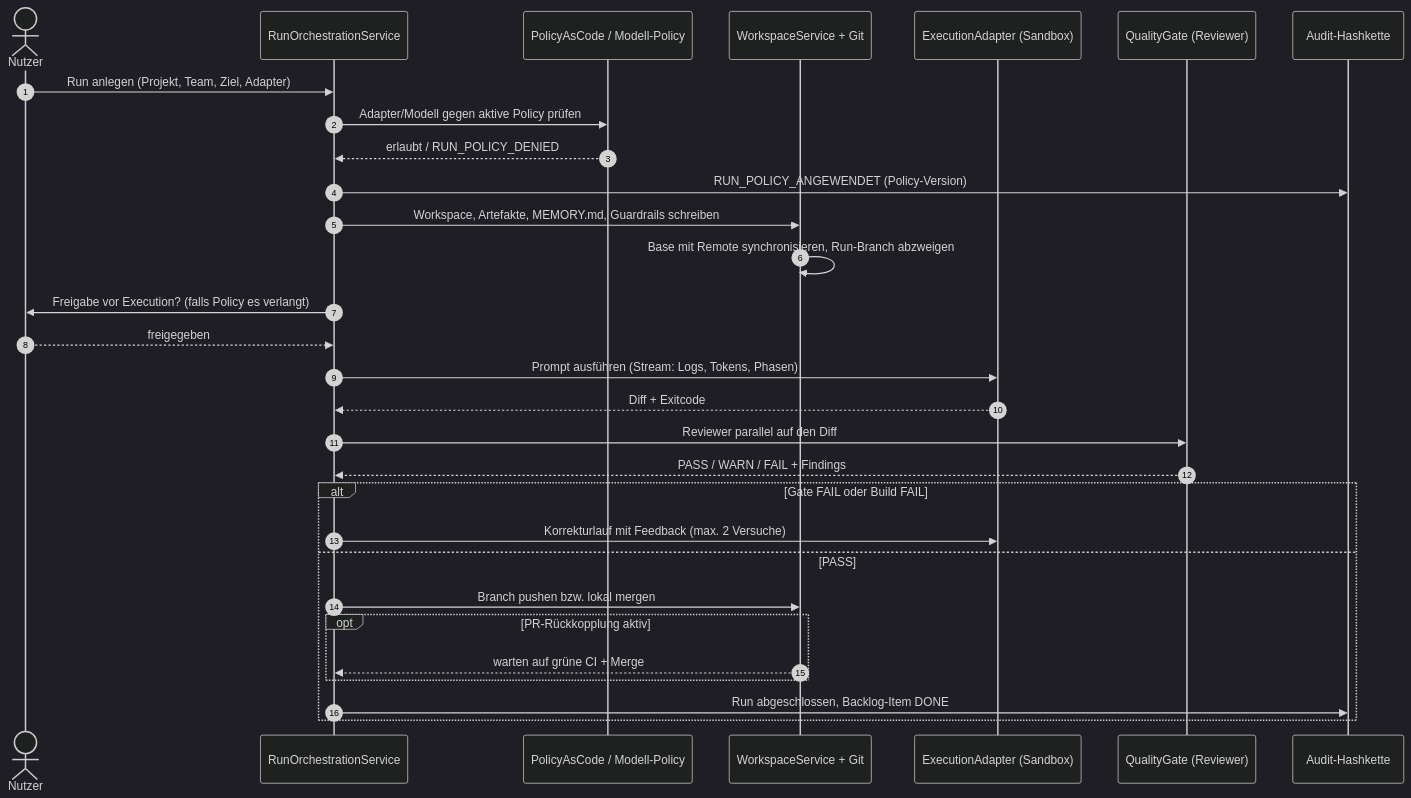
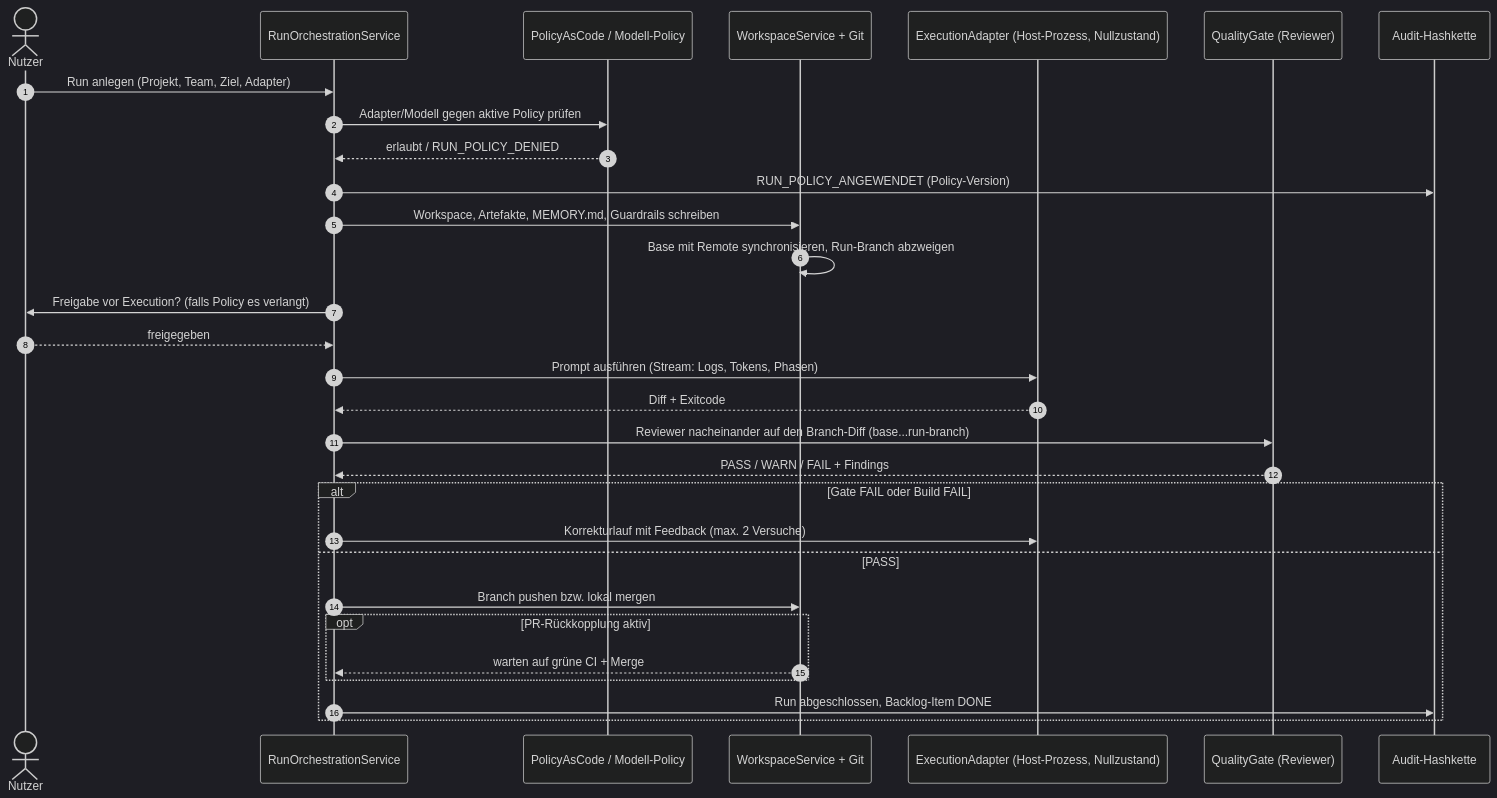
The fourth of 10 diagrams in quellen/softwarefabrik/03-systemdiagramme.md (mjanda0815/agentic-publikation), drawn with Mermaid (dark theme) before and after one commit. The commit also changed other lines of this file and 57 other files, not shown here.

````diff
--- a/quellen/softwarefabrik/03-systemdiagramme.md
+++ b/quellen/softwarefabrik/03-systemdiagramme.md
@@ -152,33 +176,33 @@
 ```mermaid
 sequenceDiagram
     autonumber
     actor U as Nutzer
     participant O as RunOrchestrationService
     participant P as PolicyAsCode / Modell-Policy
     participant WS as WorkspaceService + Git
-    participant AD as ExecutionAdapter (Sandbox)
+    participant AD as ExecutionAdapter (Host-Prozess, Nullzustand)
     participant QG as QualityGate (Reviewer)
     participant AU as Audit-Hashkette
 
     U->>O: Run anlegen (Projekt, Team, Ziel, Adapter)
     O->>P: Adapter/Modell gegen aktive Policy prüfen
     P-->>O: erlaubt / RUN_POLICY_DENIED
     O->>AU: RUN_POLICY_ANGEWENDET (Policy-Version)
     O->>WS: Workspace, Artefakte, MEMORY.md, Guardrails schreiben
     WS->>WS: Base mit Remote synchronisieren, Run-Branch abzweigen
     O->>U: Freigabe vor Execution? (falls Policy es verlangt)
     U-->>O: freigegeben
     O->>AD: Prompt ausführen (Stream: Logs, Tokens, Phasen)
     AD-->>O: Diff + Exitcode
-    O->>QG: Reviewer parallel auf den Diff
+    O->>QG: Reviewer nacheinander auf den Branch-Diff (base...run-branch)
     QG-->>O: PASS / WARN / FAIL + Findings
     alt Gate FAIL oder Build FAIL
         O->>AD: Korrekturlauf mit Feedback (max. 2 Versuche)
     else PASS
         O->>WS: Branch pushen bzw. lokal mergen
         opt PR-Rückkopplung aktiv
             WS-->>O: warten auf grüne CI + Merge
         end
         O->>AU: Run abgeschlossen, Backlog-Item DONE
     end
 ```
````
